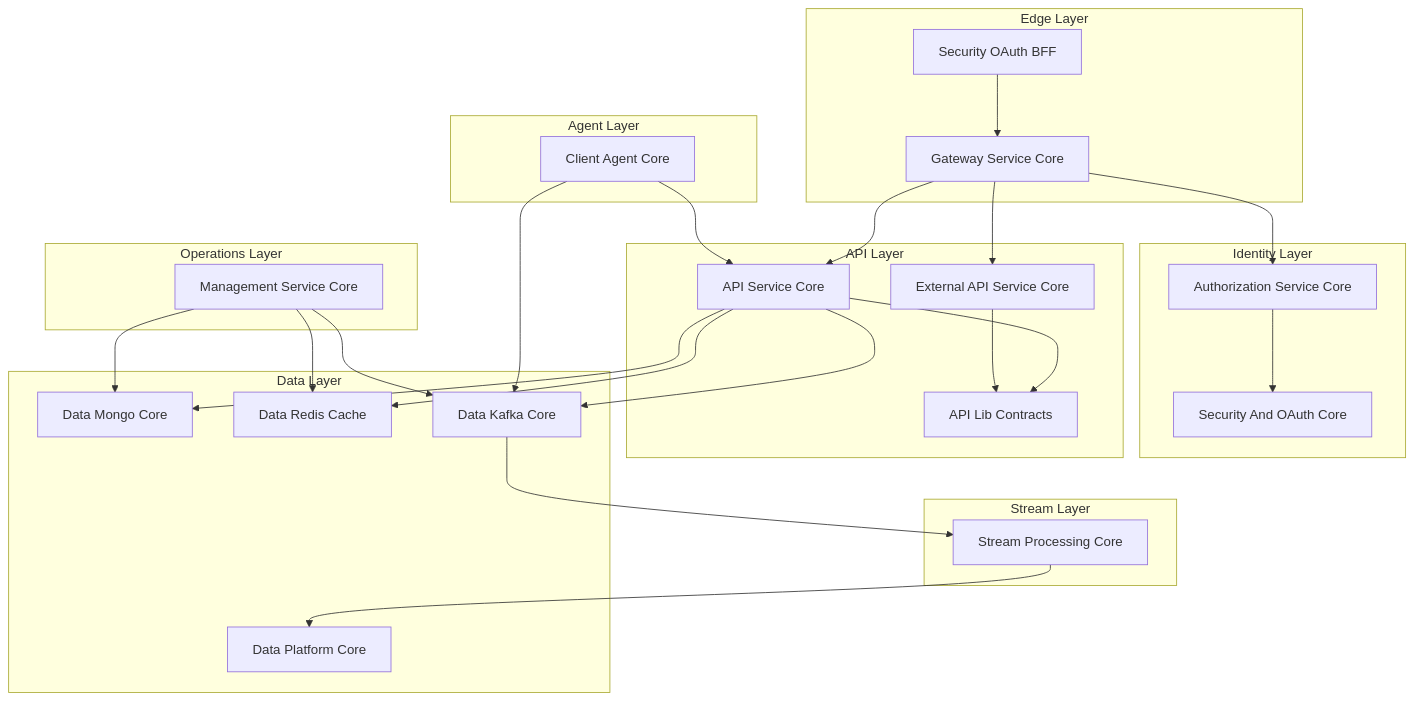
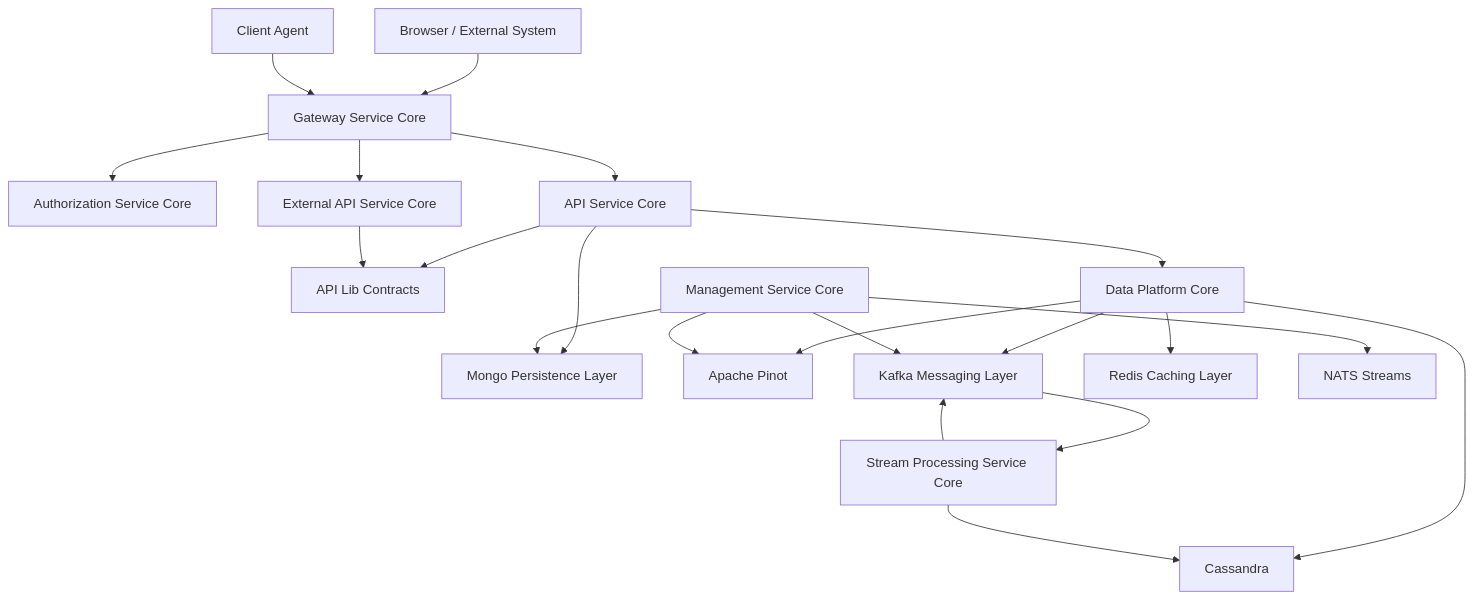
The diagram in README.md (flamingo-stack/openframe-oss-lib), drawn with Mermaid before and after one commit. The commit also changed other lines of this file and 2 other files, not shown here.

````diff
--- a/README.md
+++ b/README.md
@@ -59,61 +70,29 @@
 ```mermaid
 flowchart TD
-    subgraph "Edge Layer"
-        Gateway["Gateway Service Core"]
-        BFF["Security OAuth BFF"]
-    end
+    Client["Browser / External System"] --> Gateway["Gateway Service Core"]
+    Agent["Client Agent"] --> Gateway
 
-    subgraph "Identity Layer"
-        Auth["Authorization Service Core"]
-        SecurityCore["Security And OAuth Core"]
-    end
+    Gateway --> Auth["Authorization Service Core"]
+    Gateway --> Api["API Service Core"]
+    Gateway --> External["External API Service Core"]
 
-    subgraph "API Layer"
-        ApiService["API Service Core"]
-        ExternalApi["External API Service Core"]
-        Contracts["API Lib Contracts"]
-    end
+    Api --> Contracts["API Lib Contracts"]
+    External --> Contracts
 
-    subgraph "Agent Layer"
-        ClientCore["Client Agent Core"]
-    end
+    Api --> Mongo["Mongo Persistence Layer"]
+    Api --> DataCore["Data Platform Core"]
 
-    subgraph "Data Layer"
-        Mongo["Data Mongo Core"]
-        Redis["Data Redis Cache"]
-        Kafka["Data Kafka Core"]
-        PlatformData["Data Platform Core"]
-    end
+    DataCore --> Cassandra["Cassandra"]
+    DataCore --> Pinot["Apache Pinot"]
+    DataCore --> Kafka["Kafka Messaging Layer"]
+    DataCore --> Redis["Redis Caching Layer"]
 
-    subgraph "Stream Layer"
-        StreamCore["Stream Processing Core"]
-    end
+    Kafka --> Stream["Stream Processing Service Core"]
+    Stream --> Cassandra
+    Stream --> Kafka
 
-    subgraph "Operations Layer"
-        Management["Management Service Core"]
-    end
-
-    BFF --> Gateway
-    Gateway --> ApiService
-    Gateway --> ExternalApi
-    Gateway --> Auth
-
-    Auth --> SecurityCore
-
-    ApiService --> Contracts
-    ExternalApi --> Contracts
-
-    ApiService --> Mongo
-    ApiService --> Redis
-    ApiService --> Kafka
-
-    ClientCore --> Kafka
-    ClientCore --> ApiService
-
-    Kafka --> StreamCore
-    StreamCore --> PlatformData
-
-    Management --> Kafka
+    Management["Management Service Core"] --> Kafka
+    Management --> Pinot
     Management --> Mongo
-    Management --> Redis
+    Management --> NATS["NATS Streams"]
 ```
````
